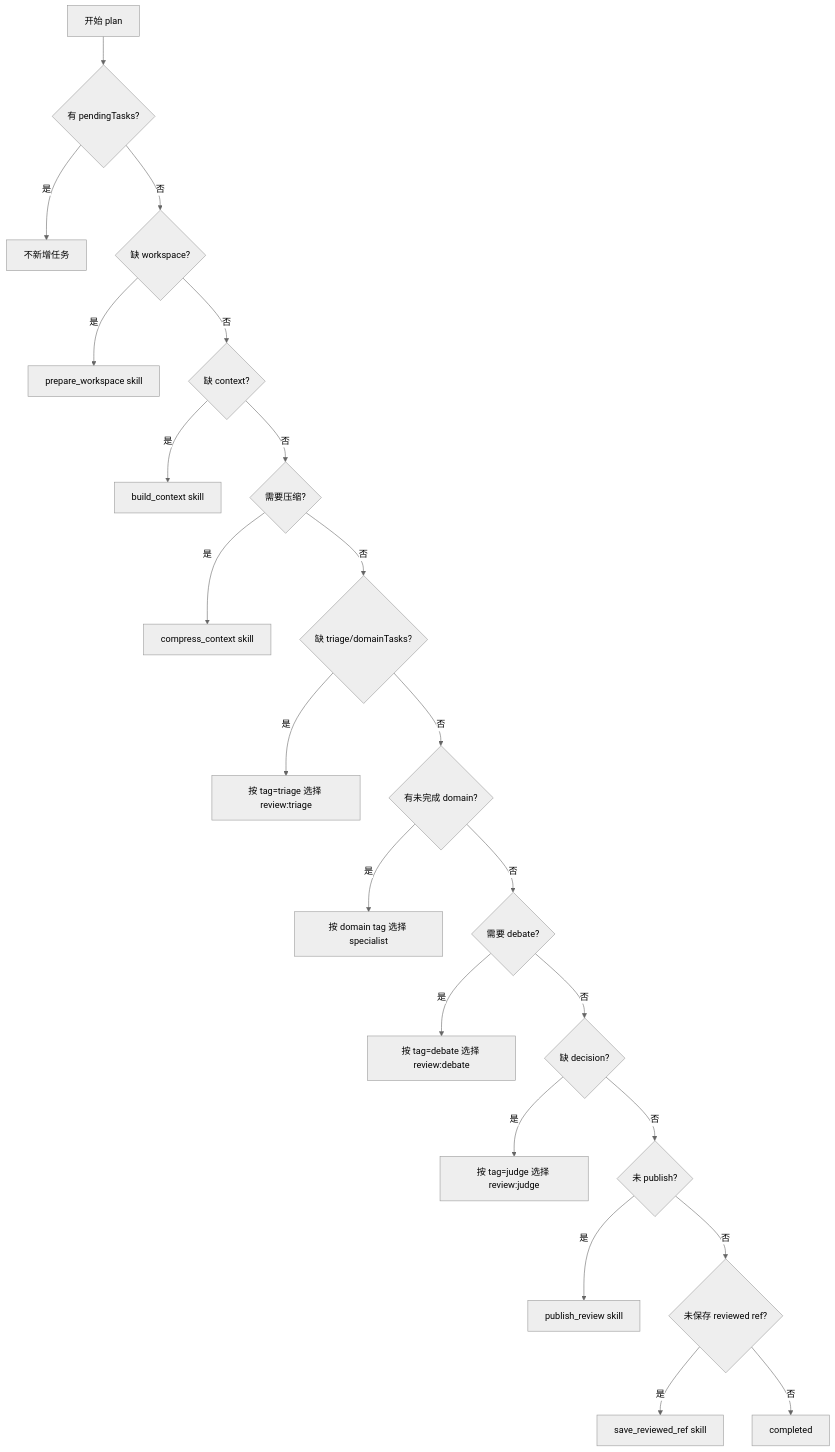
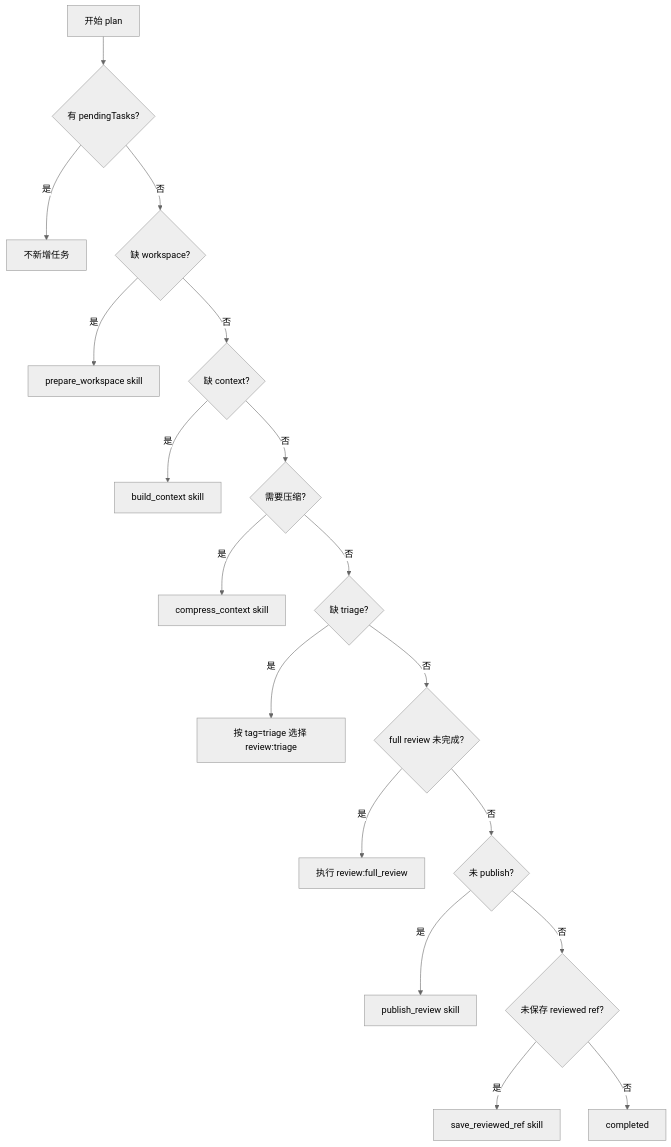
Before and after one commit to jeffusion/gitea-ai-assistant: the third of 7 diagrams in docs/design/kernel-built-in-agents.md, drawn with Mermaid (neutral theme). The commit also changed other lines of this file and 8 other files, not shown here.

Commit message:
refactor(review): remove domain specialist review path

````diff
--- a/docs/design/kernel-built-in-agents.md
+++ b/docs/design/kernel-built-in-agents.md
@@ -254,24 +246,20 @@
 ```mermaid
 flowchart TD
   A[开始 plan] --> B{有 pendingTasks?}
   B -- 是 --> Z[不新增任务]
   B -- 否 --> C{缺 workspace?}
   C -- 是 --> PW[prepare_workspace skill]
   C -- 否 --> D{缺 context?}
   D -- 是 --> BC[build_context skill]
   D -- 否 --> E{需要压缩?}
   E -- 是 --> CC[compress_context skill]
-  E -- 否 --> F{缺 triage/domainTasks?}
+  E -- 否 --> F{缺 triage?}
   F -- 是 --> T[按 tag=triage 选择 review:triage]
-  F -- 否 --> G{有未完成 domain?}
-  G -- 是 --> S[按 domain tag 选择 specialist]
-  G -- 否 --> H{需要 debate?}
-  H -- 是 --> DB[按 tag=debate 选择 review:debate]
-  H -- 否 --> I{缺 decision?}
-  I -- 是 --> J[按 tag=judge 选择 review:judge]
-  I -- 否 --> P{未 publish?}
+  F -- 否 --> G{full review 未完成?}
+  G -- 是 --> S[执行 review:full_review]
+  G -- 否 --> P{未 publish?}
   P -- 是 --> PR[publish_review skill]
   P -- 否 --> R{未保存 reviewed ref?}
   R -- 是 --> SR[save_reviewed_ref skill]
   R -- 否 --> DONE[completed]
 ```
````
